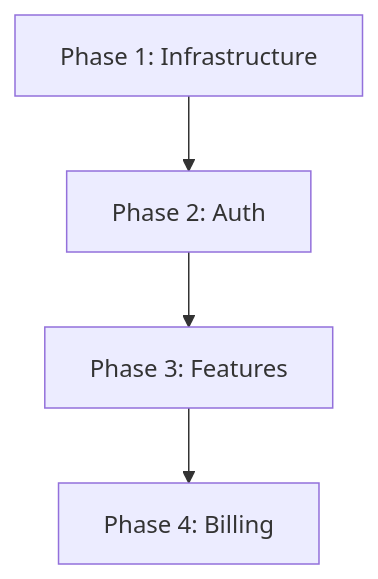
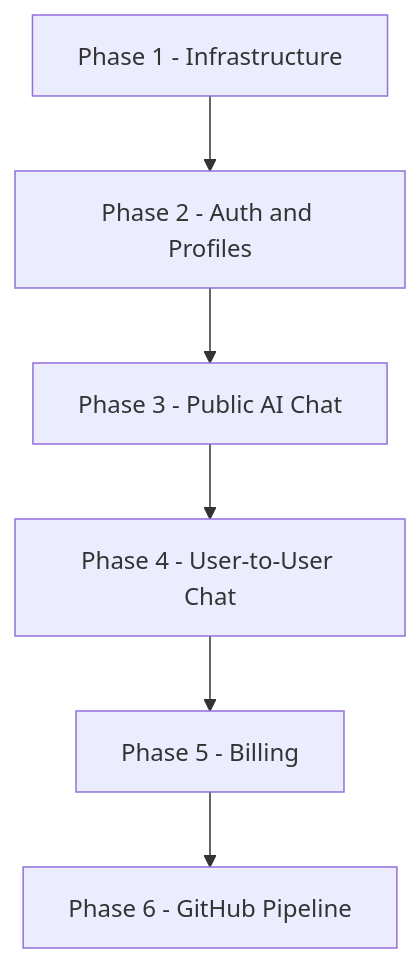
Diagram 13 of 14 in expansion.md (dirm02/bloggista), drawn with Mermaid before and after one commit. The commit also changed other lines of this file, not shown here.

````diff
--- a/expansion.md
+++ b/expansion.md
@@ -327,6 +462,8 @@
 ```mermaid
 flowchart TB
-    P1[Phase 1: Infrastructure] --> P2[Phase 2: Auth]
-    P2 --> P3[Phase 3: Features]
-    P3 --> P4[Phase 4: Billing]
+    P1[Phase 1 - Infrastructure] --> P2[Phase 2 - Auth and Profiles]
+    P2 --> P3[Phase 3 - Public AI Chat]
+    P3 --> P4[Phase 4 - User-to-User Chat]
+    P4 --> P5[Phase 5 - Billing]
+    P5 --> P6[Phase 6 - GitHub Pipeline]
 ```
````
